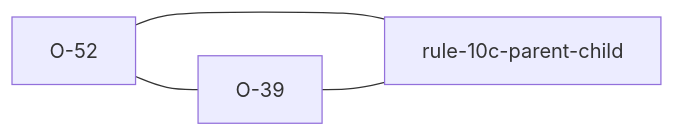
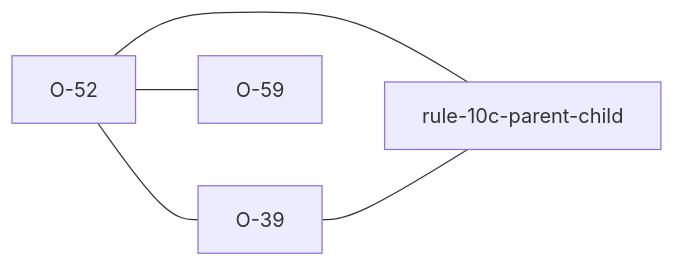
One commit to niko86/laterite changed the diagram in ags-wiki/observations/O-52.md. Above: the diagram before and after it, drawn with Mermaid. The commit also changed other lines of this file and 4 other files, not shown here.

````diff
--- a/ags-wiki/observations/O-52.md
+++ b/ags-wiki/observations/O-52.md
@@ -53,6 +64,7 @@
 ```mermaid
 graph LR
   O_52["O-52"] --- O_39["O-39"]
+  O_52 --- O_59["O-59"]
   O_52 --- R10C["rule-10c-parent-child"]
   O_39 --- R10C
 ```
````
